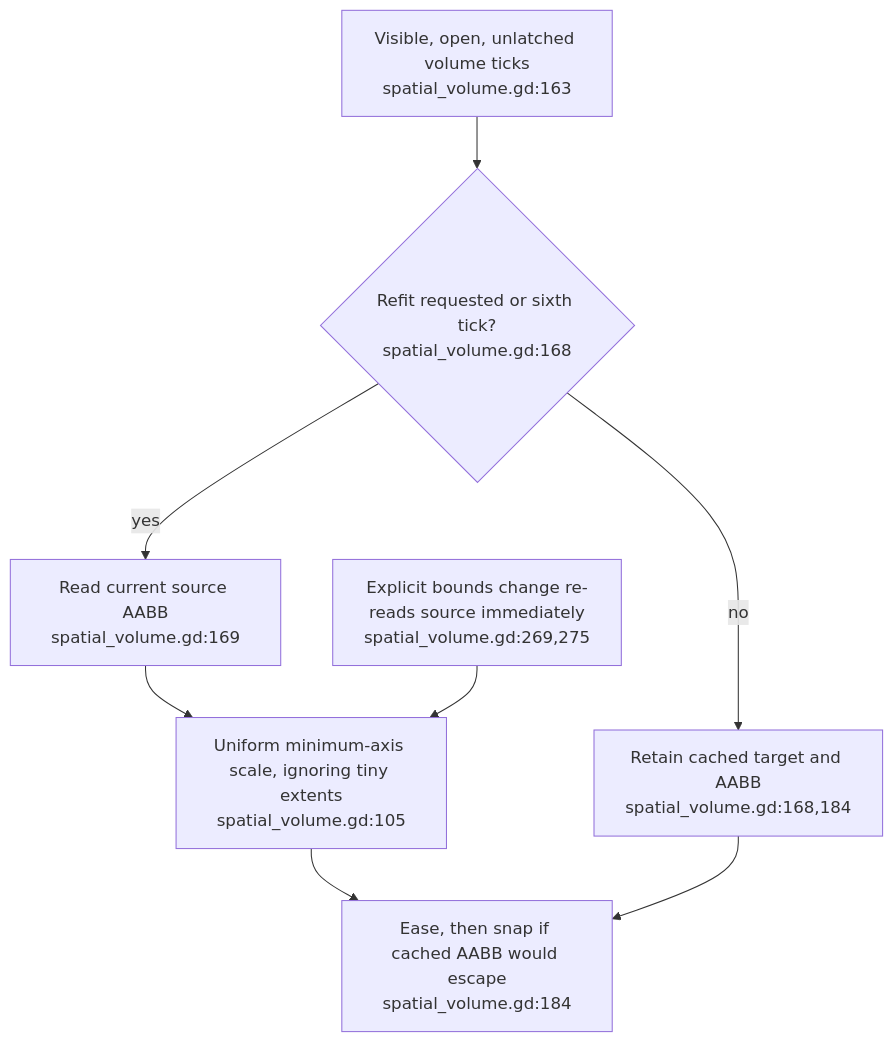
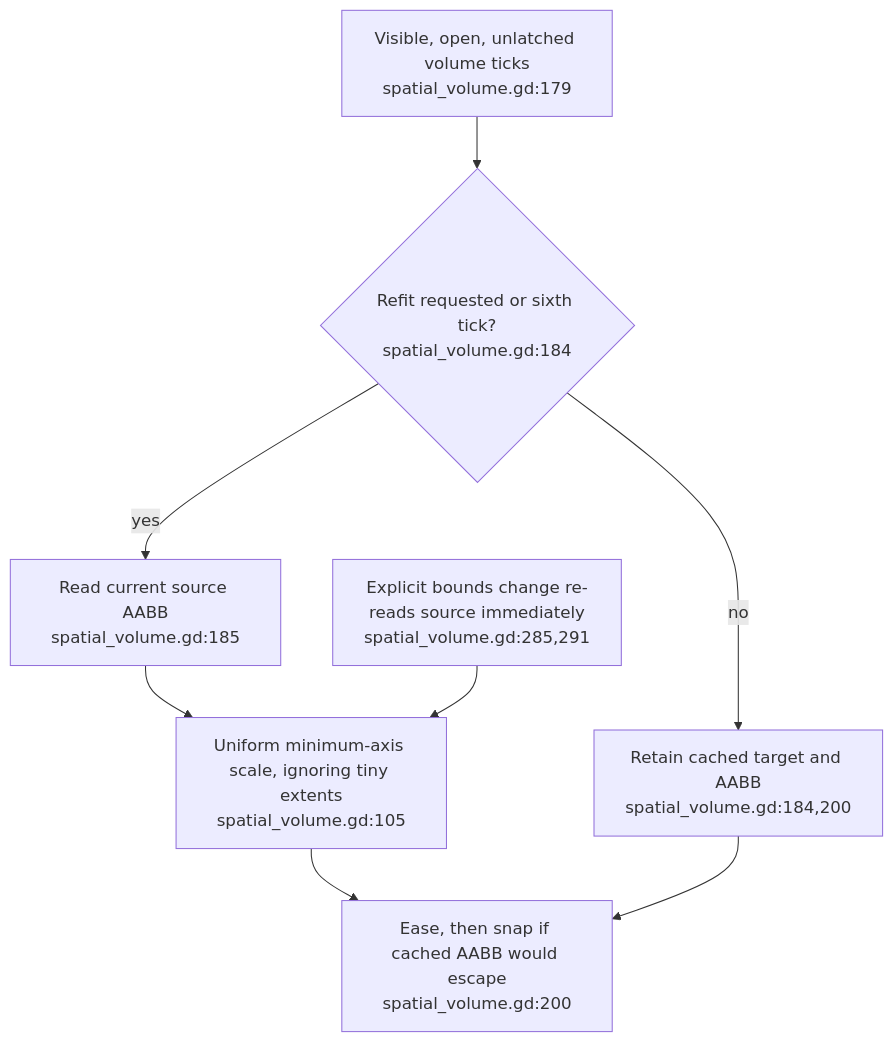
The second of 3 diagrams in docs/diagrams/visionclaw/46-spatial-volume-fit-and-link-budget.md (DreamLab-AI/VisionFlow), drawn with Mermaid before and after one commit. The commit also changed other lines of this file and 173 other files, not shown here.

````diff
--- a/docs/diagrams/visionclaw/46-spatial-volume-fit-and-link-budget.md
+++ b/docs/diagrams/visionclaw/46-spatial-volume-fit-and-link-budget.md
@@ -46,10 +49,10 @@
 ```mermaid
 flowchart TD
-    TICK["Visible, open, unlatched volume ticks<br/>spatial_volume.gd:163"] --> DUE{"Refit requested or sixth tick?<br/>spatial_volume.gd:168"}
-    DUE -->|yes| READ["Read current source AABB<br/>spatial_volume.gd:169"]
+    TICK["Visible, open, unlatched volume ticks<br/>spatial_volume.gd:179"] --> DUE{"Refit requested or sixth tick?<br/>spatial_volume.gd:184"}
+    DUE -->|yes| READ["Read current source AABB<br/>spatial_volume.gd:185"]
     READ --> FIT["Uniform minimum-axis scale, ignoring tiny extents<br/>spatial_volume.gd:105"]
-    DUE -->|no| CACHE["Retain cached target and AABB<br/>spatial_volume.gd:168,184"]
-    FIT --> CHECK["Ease, then snap if cached AABB would escape<br/>spatial_volume.gd:184"]
+    DUE -->|no| CACHE["Retain cached target and AABB<br/>spatial_volume.gd:184,200"]
+    FIT --> CHECK["Ease, then snap if cached AABB would escape<br/>spatial_volume.gd:200"]
     CACHE --> CHECK
-    BOUNDS["Explicit bounds change re-reads source immediately<br/>spatial_volume.gd:269,275"] --> FIT
+    BOUNDS["Explicit bounds change re-reads source immediately<br/>spatial_volume.gd:285,291"] --> FIT
 ```
````
